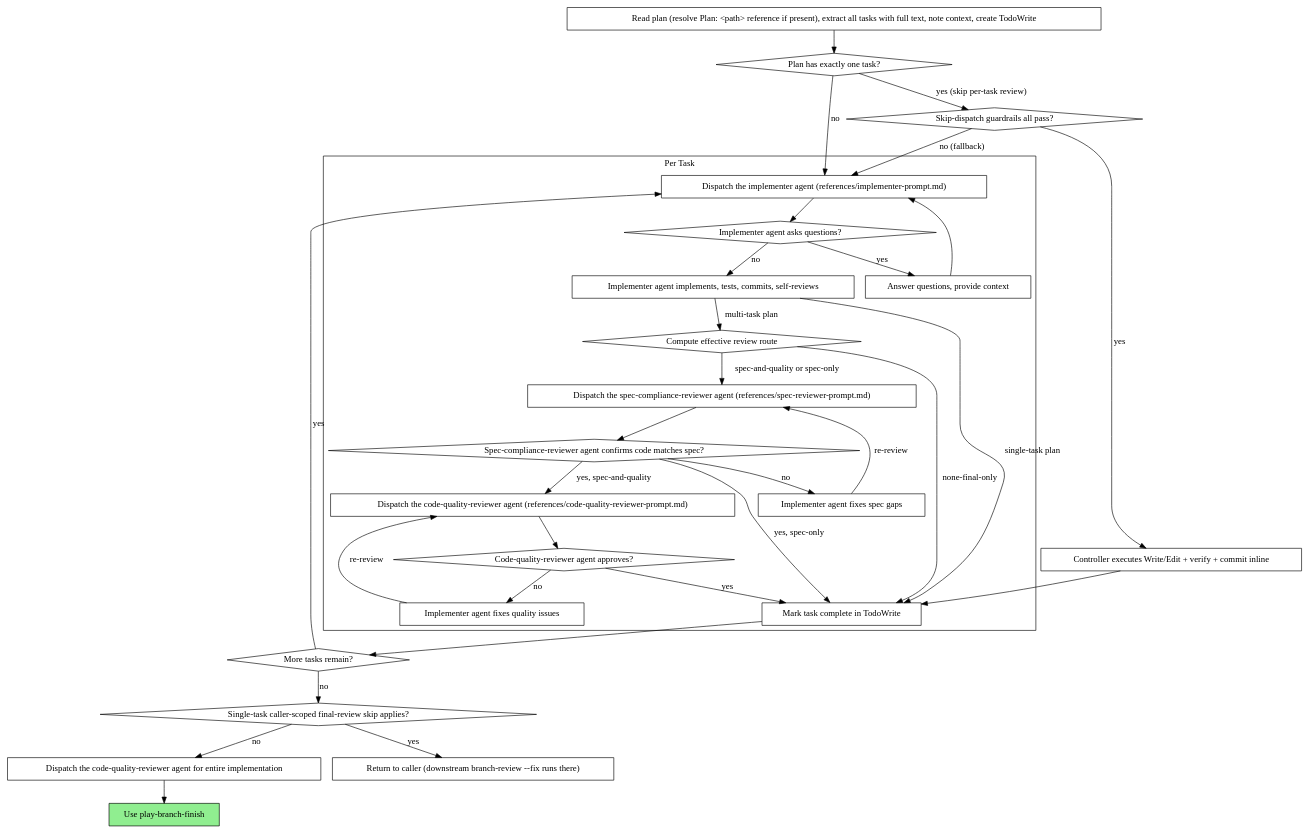
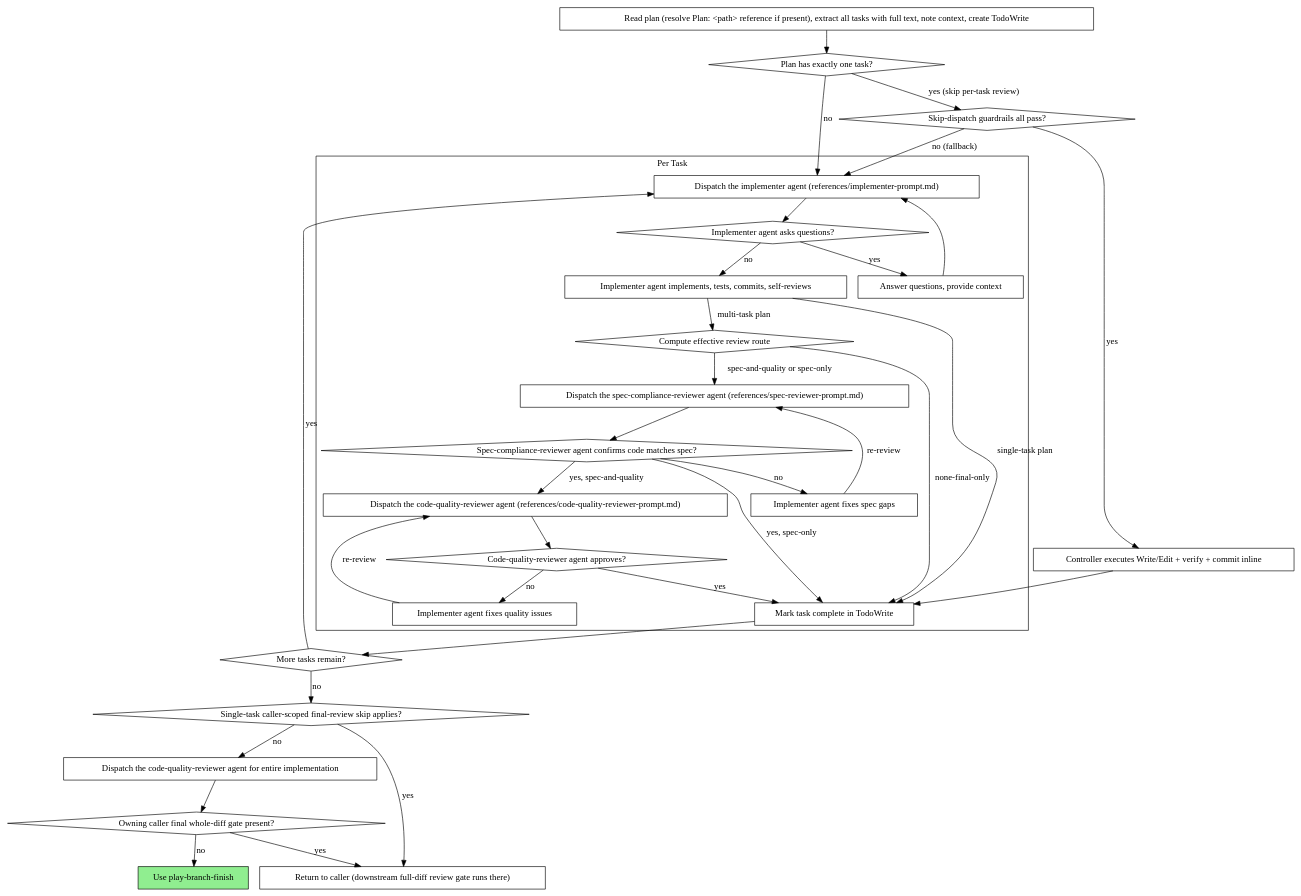
One commit to ryumiel/devcanon changed the second of 3 diagrams in skills/play-subagent-execution/SKILL.md. Above: the diagram before and after it, drawn with Graphviz. The commit also changed other lines of this file and 3 other files, not shown here.

Commit message:
fix(skill): require full-diff reduced route gates

````diff
--- a/skills/play-subagent-execution/SKILL.md
+++ b/skills/play-subagent-execution/SKILL.md
@@ -109,61 +109,64 @@
 ```dot
 digraph process {
     rankdir=TB;
 
     subgraph cluster_per_task {
         label="Per Task";
         "Dispatch the implementer agent (references/implementer-prompt.md)" [shape=box];
         "Implementer agent asks questions?" [shape=diamond];
         "Answer questions, provide context" [shape=box];
         "Implementer agent implements, tests, commits, self-reviews" [shape=box];
         "Compute effective review route" [shape=diamond];
         "Dispatch the spec-compliance-reviewer agent (references/spec-reviewer-prompt.md)" [shape=box];
         "Spec-compliance-reviewer agent confirms code matches spec?" [shape=diamond];
         "Implementer agent fixes spec gaps" [shape=box];
         "Dispatch the code-quality-reviewer agent (references/code-quality-reviewer-prompt.md)" [shape=box];
         "Code-quality-reviewer agent approves?" [shape=diamond];
         "Implementer agent fixes quality issues" [shape=box];
         "Mark task complete in TodoWrite" [shape=box];
     }
 
     "Read plan (resolve Plan: <path> reference if present), extract all tasks with full text, note context, create TodoWrite" [shape=box];
     "Plan has exactly one task?" [shape=diamond];
     "More tasks remain?" [shape=diamond];
     "Single-task caller-scoped final-review skip applies?" [shape=diamond];
     "Dispatch the code-quality-reviewer agent for entire implementation" [shape=box];
-    "Return to caller (downstream branch-review --fix runs there)" [shape=box];
+    "Owning caller final whole-diff gate present?" [shape=diamond];
+    "Return to caller (downstream full-diff review gate runs there)" [shape=box];
     "Use play-branch-finish" [shape=box style=filled fillcolor=lightgreen];
 
     "Read plan (resolve Plan: <path> reference if present), extract all tasks with full text, note context, create TodoWrite" -> "Plan has exactly one task?";
     "Plan has exactly one task?" -> "Dispatch the implementer agent (references/implementer-prompt.md)" [label="no"];
     "Plan has exactly one task?" -> "Skip-dispatch guardrails all pass?" [label="yes (skip per-task review)"];
     "Skip-dispatch guardrails all pass?" [shape=diamond];
     "Skip-dispatch guardrails all pass?" -> "Controller executes Write/Edit + verify + commit inline" [label="yes"];
     "Skip-dispatch guardrails all pass?" -> "Dispatch the implementer agent (references/implementer-prompt.md)" [label="no (fallback)"];
     "Controller executes Write/Edit + verify + commit inline" [shape=box];
     "Controller executes Write/Edit + verify + commit inline" -> "Mark task complete in TodoWrite";
     "Dispatch the implementer agent (references/implementer-prompt.md)" -> "Implementer agent asks questions?";
     "Implementer agent asks questions?" -> "Answer questions, provide context" [label="yes"];
     "Answer questions, provide context" -> "Dispatch the implementer agent (references/implementer-prompt.md)";
     "Implementer agent asks questions?" -> "Implementer agent implements, tests, commits, self-reviews" [label="no"];
     "Implementer agent implements, tests, commits, self-reviews" -> "Mark task complete in TodoWrite" [label="single-task plan"];
     "Implementer agent implements, tests, commits, self-reviews" -> "Compute effective review route" [label="multi-task plan"];
     "Compute effective review route" -> "Dispatch the spec-compliance-reviewer agent (references/spec-reviewer-prompt.md)" [label="spec-and-quality or spec-only"];
     "Compute effective review route" -> "Mark task complete in TodoWrite" [label="none-final-only"];
     "Dispatch the spec-compliance-reviewer agent (references/spec-reviewer-prompt.md)" -> "Spec-compliance-reviewer agent confirms code matches spec?";
     "Spec-compliance-reviewer agent confirms code matches spec?" -> "Implementer agent fixes spec gaps" [label="no"];
     "Implementer agent fixes spec gaps" -> "Dispatch the spec-compliance-reviewer agent (references/spec-reviewer-prompt.md)" [label="re-review"];
     "Spec-compliance-reviewer agent confirms code matches spec?" -> "Dispatch the code-quality-reviewer agent (references/code-quality-reviewer-prompt.md)" [label="yes, spec-and-quality"];
     "Spec-compliance-reviewer agent confirms code matches spec?" -> "Mark task complete in TodoWrite" [label="yes, spec-only"];
     "Dispatch the code-quality-reviewer agent (references/code-quality-reviewer-prompt.md)" -> "Code-quality-reviewer agent approves?";
     "Code-quality-reviewer agent approves?" -> "Implementer agent fixes quality issues" [label="no"];
     "Implementer agent fixes quality issues" -> "Dispatch the code-quality-reviewer agent (references/code-quality-reviewer-prompt.md)" [label="re-review"];
     "Code-quality-reviewer agent approves?" -> "Mark task complete in TodoWrite" [label="yes"];
     "Mark task complete in TodoWrite" -> "More tasks remain?";
     "More tasks remain?" -> "Dispatch the implementer agent (references/implementer-prompt.md)" [label="yes"];
     "More tasks remain?" -> "Single-task caller-scoped final-review skip applies?" [label="no"];
-    "Single-task caller-scoped final-review skip applies?" -> "Return to caller (downstream branch-review --fix runs there)" [label="yes"];
+    "Single-task caller-scoped final-review skip applies?" -> "Return to caller (downstream full-diff review gate runs there)" [label="yes"];
     "Single-task caller-scoped final-review skip applies?" -> "Dispatch the code-quality-reviewer agent for entire implementation" [label="no"];
-    "Dispatch the code-quality-reviewer agent for entire implementation" -> "Use play-branch-finish";
+    "Dispatch the code-quality-reviewer agent for entire implementation" -> "Owning caller final whole-diff gate present?";
+    "Owning caller final whole-diff gate present?" -> "Return to caller (downstream full-diff review gate runs there)" [label="yes"];
+    "Owning caller final whole-diff gate present?" -> "Use play-branch-finish" [label="no"];
 }
 ```
````
